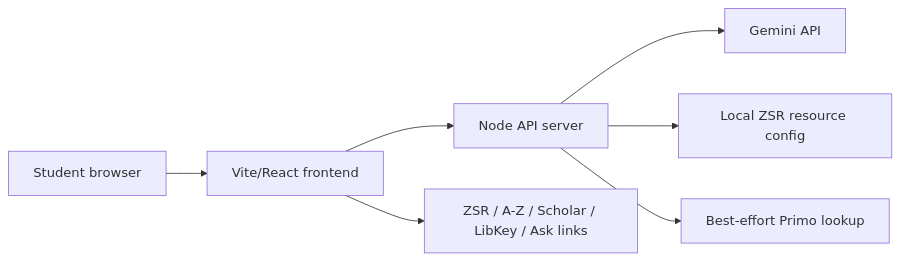
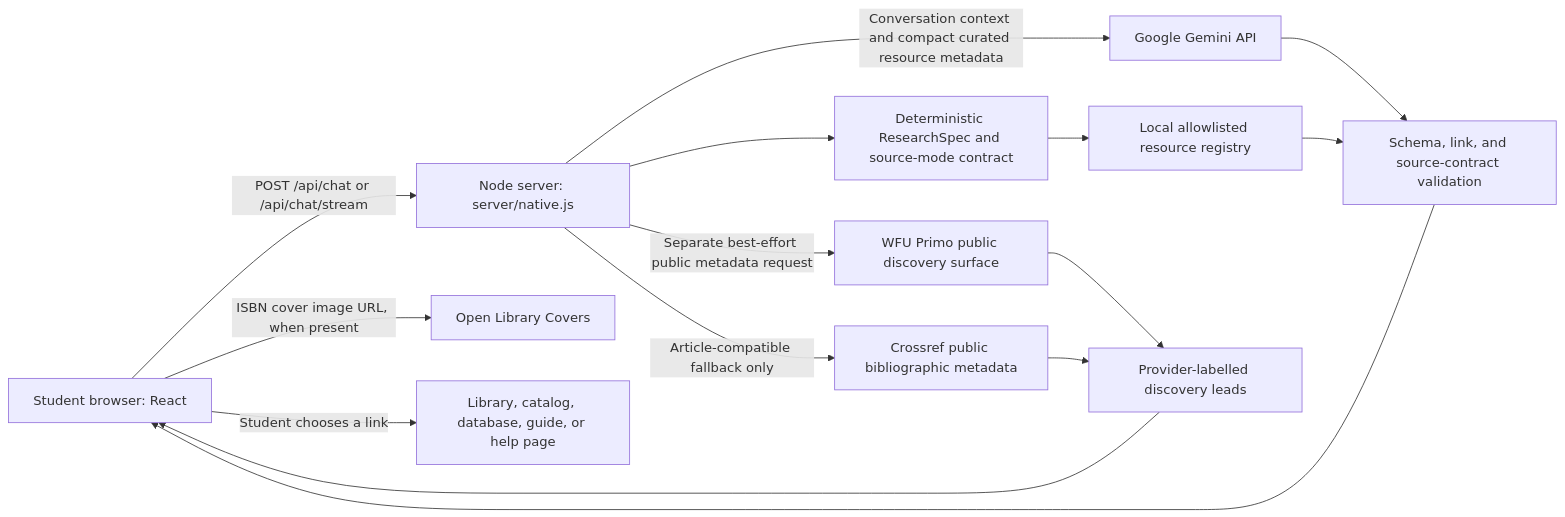
Before and after one commit to aidanoliss/ZSR-Library-AI-Research-Navigator: the diagram in docs/architecture-summary.md, drawn with Mermaid. The commit also changed other lines of this file and 75 other files, not shown here.

````diff
--- a/docs/architecture-summary.md
+++ b/docs/architecture-summary.md
@@ -5,9 +7,17 @@
 ```mermaid
 flowchart LR
-  Student["Student browser"] --> React["Vite/React frontend"]
-  React --> Server["Node API server"]
-  Server --> Gemini["Gemini API"]
-  Server --> Config["Local ZSR resource config"]
-  Server --> Primo["Best-effort Primo lookup"]
-  React --> Links["ZSR / A-Z / Scholar / LibKey / Ask links"]
+  Browser["Student browser: React"] -->|"POST /api/chat or /api/chat/stream"| Server["Node server: server/native.js"]
+  Server --> Spec["Deterministic ResearchSpec and source-mode contract"]
+  Spec --> Registry["Local allowlisted resource registry"]
+  Server -->|"Conversation context and compact curated resource metadata"| Gemini["Google Gemini API"]
+  Gemini --> Validate["Schema, link, and source-contract validation"]
+  Registry --> Validate
+  Server -->|"Separate best-effort public metadata request"| Primo["WFU Primo public discovery surface"]
+  Server -->|"Article-compatible fallback only"| Crossref["Crossref public bibliographic metadata"]
+  Primo --> Results["Provider-labelled discovery leads"]
+  Crossref --> Results
+  Validate --> Browser
+  Results --> Browser
+  Browser -->|"ISBN cover image URL, when present"| OpenLibrary["Open Library Covers"]
+  Browser -->|"Student chooses a link"| External["Library, catalog, database, guide, or help page"]
 ```
````
